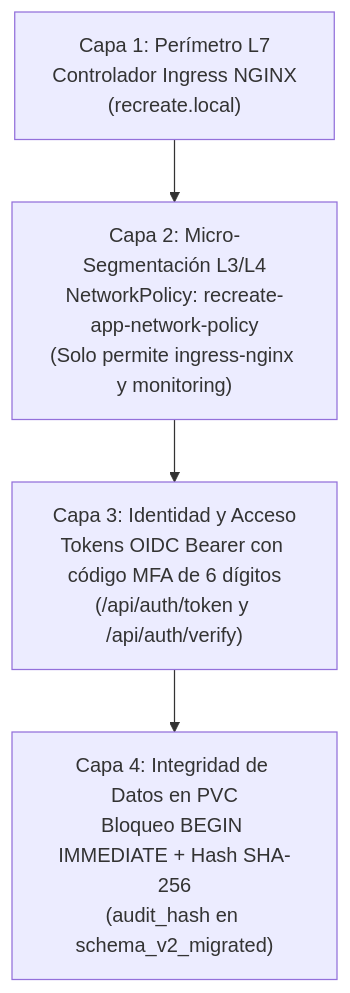
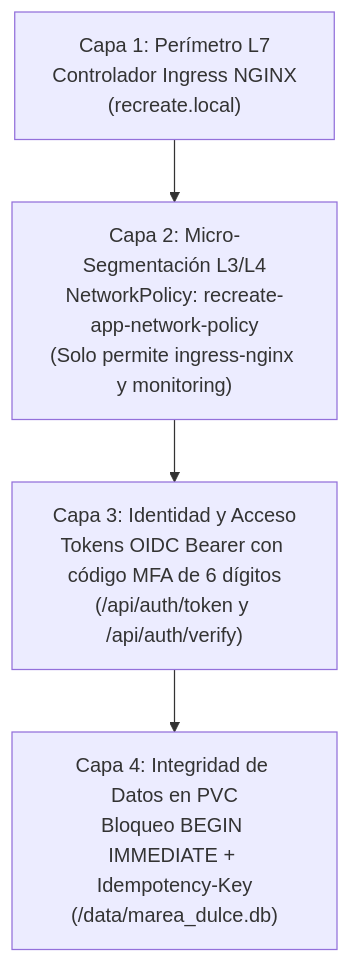
The diagram in docs/security-value.md (Esteban-GV/MareaDulce_Recreate), drawn with Mermaid before and after one commit. The commit also changed other lines of this file and 138 other files, not shown here.

Commit message:
feat(docs): migrate documentation, platform and architecture to Marea Dulce Recreate deployment

````diff
--- a/docs/security-value.md
+++ b/docs/security-value.md
@@ -7,6 +7,6 @@
 ```mermaid
 flowchart TB
     L1["Capa 1: Perímetro L7\nControlador Ingress NGINX\n(recreate.local)"] --> L2["Capa 2: Micro-Segmentación L3/L4\nNetworkPolicy: recreate-app-network-policy\n(Solo permite ingress-nginx y monitoring)"]
     L2 --> L3["Capa 3: Identidad y Acceso\nTokens OIDC Bearer con código MFA de 6 dígitos\n(/api/auth/token y /api/auth/verify)"]
-    L3 --> L4["Capa 4: Integridad de Datos en PVC\nBloqueo BEGIN IMMEDIATE + Hash SHA-256\n(audit_hash en schema_v2_migrated)"]
+    L3 --> L4["Capa 4: Integridad de Datos en PVC\nBloqueo BEGIN IMMEDIATE + Idempotency-Key\n(/data/marea_dulce.db)"]
 ```
````
